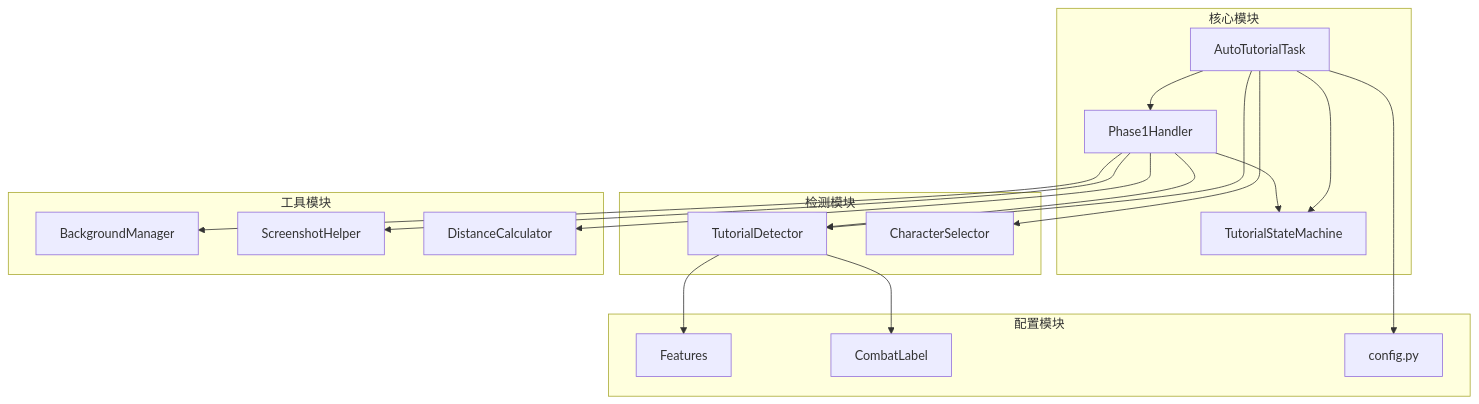
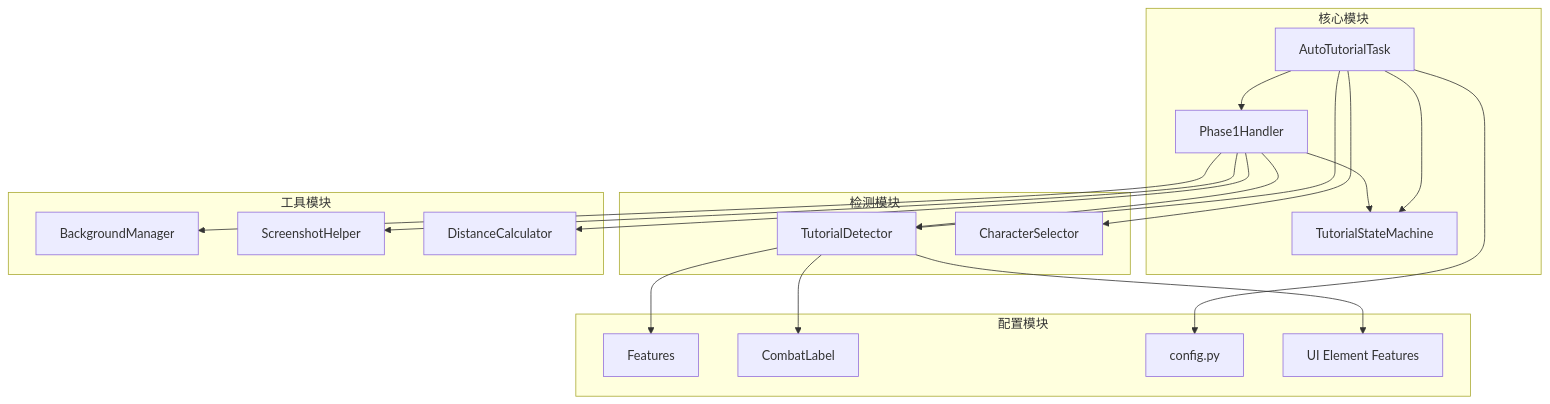
Before and after one commit to xsy098-max/ok-jump: diagram 12 of 14 in .qoder/repowiki/zh/content/核心系统架构/教程检测系统.md, drawn with Mermaid. The commit also changed other lines of this file and 13 other files, not shown here.

````diff
--- a/.qoder/repowiki/zh/content/核心系统架构/教程检测系统.md
+++ b/.qoder/repowiki/zh/content/核心系统架构/教程检测系统.md
@@ -429,34 +565,36 @@
 ```mermaid
 graph TB
 subgraph "核心模块"
 A[AutoTutorialTask]
 B[TutorialStateMachine]
 C[Phase1Handler]
 end
 subgraph "检测模块"
 D[TutorialDetector]
 E[CharacterSelector]
 end
 subgraph "工具模块"
 F[BackgroundManager]
 G[ScreenshotHelper]
 H[DistanceCalculator]
 end
 subgraph "配置模块"
 I[Features]
 J[CombatLabel]
 K[config.py]
+L[UI Element Features]
 end
 A --> B
 A --> C
 A --> D
 A --> E
 C --> B
 C --> D
 C --> F
 C --> G
 C --> H
 D --> I
 D --> J
+D --> L
 A --> K
 ```
````
